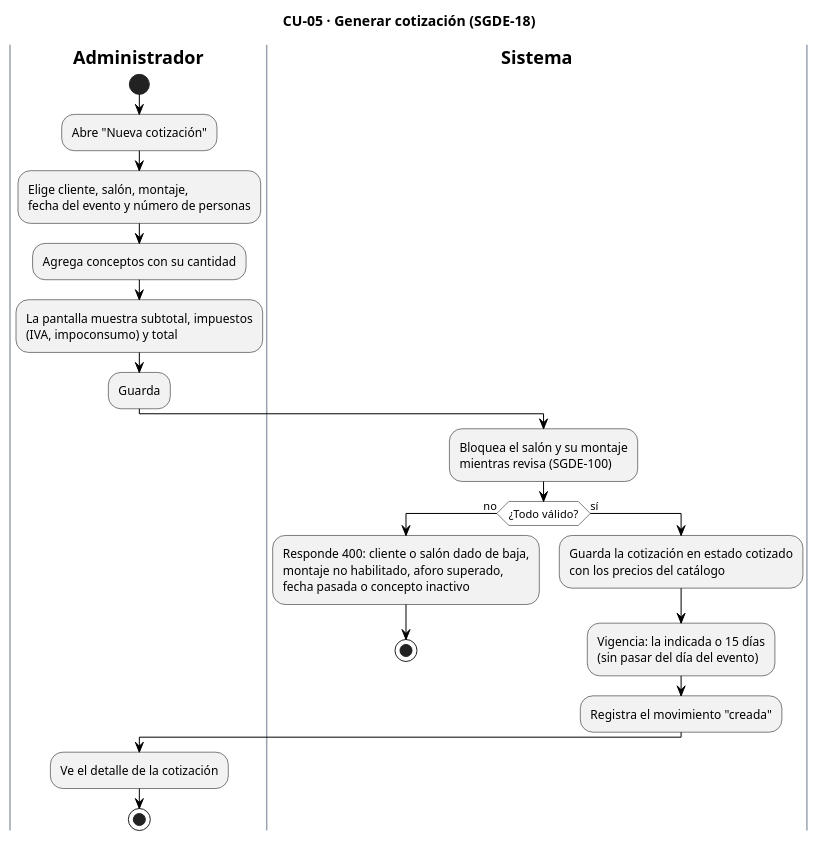
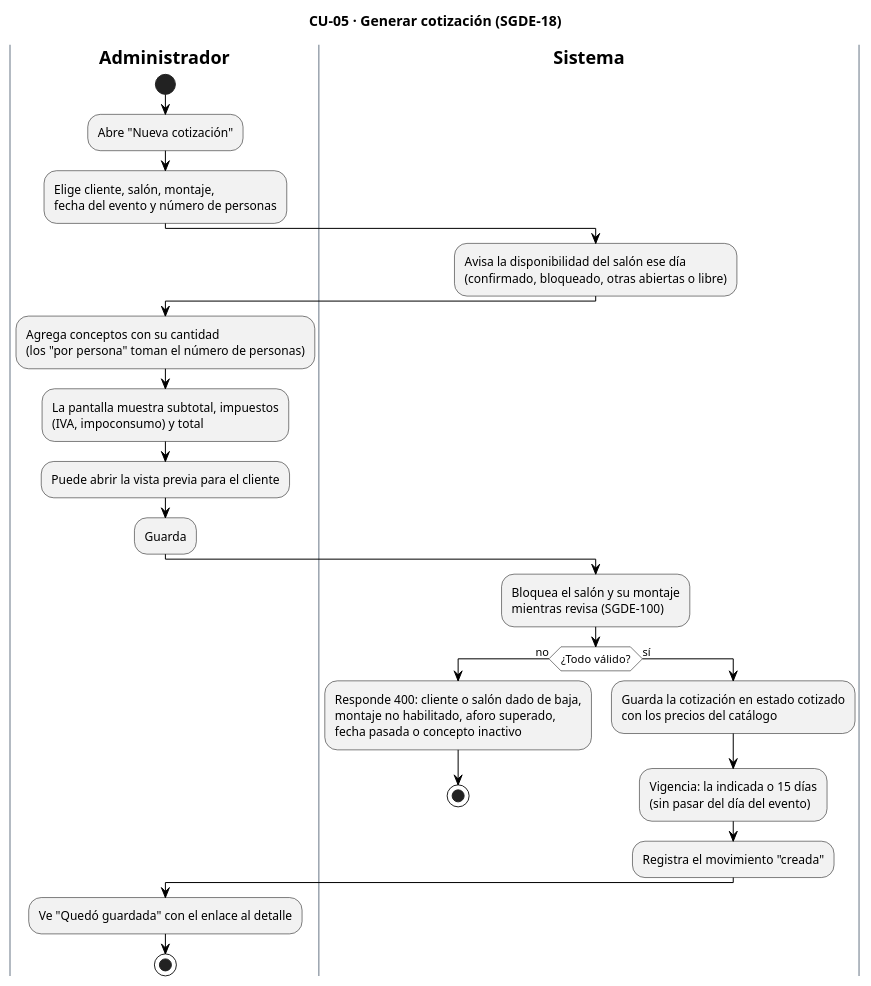
One commit to AndreCamx2/Gestion-De-Eventos changed the diagram in docs/Diagrama de actividades/CU05_GenerarCotizacion.pu. Above: the diagram before and after it, drawn with PlantUML. The commit also changed 30 other files, not shown here.

```diff
--- a/docs/Diagrama de actividades/CU05_GenerarCotizacion.pu
+++ b/docs/Diagrama de actividades/CU05_GenerarCotizacion.pu
@@ -1,43 +1,49 @@
 @startuml CU05_GenerarCotizacion
 title CU-05 · Generar cotización (SGDE-18)
 skinparam backgroundColor white
 skinparam ActivityBackgroundColor #F2F2F2
 skinparam ActivityBorderColor black
 skinparam ActivityDiamondBackgroundColor white
 skinparam ActivityDiamondBorderColor black
 skinparam ArrowColor black
 skinparam SwimlaneBorderColor #9AA3AE
 skinparam SwimlaneTitleFontStyle bold
 skinparam note {
   BackgroundColor #FFFBEA
   BorderColor #B8A86B
 }
 
 |Administrador|
 start
 :Abre "Nueva cotización";
 :Elige cliente, salón, montaje,
 fecha del evento y número de personas;
-:Agrega conceptos con su cantidad;
+|Sistema|
+:Avisa la disponibilidad del salón ese día
+(confirmado, bloqueado, otras abiertas o libre);
+|Administrador|
+:Agrega conceptos con su cantidad
+(los "por persona" toman el número de personas);
 :La pantalla muestra subtotal, impuestos
 (IVA, impoconsumo) y total;
+:Puede abrir la vista previa para el cliente;
 :Guarda;
 |Sistema|
 :Bloquea el salón y su montaje
 mientras revisa (SGDE-100);
 if (¿Todo válido?) then (no)
   :Responde 400: cliente o salón dado de baja,
   montaje no habilitado, aforo superado,
   fecha pasada o concepto inactivo;
   stop
 else (sí)
   :Guarda la cotización en estado cotizado
   con los precios del catálogo;
   :Vigencia: la indicada o 15 días
   (sin pasar del día del evento);
   :Registra el movimiento "creada";
 endif
 |Administrador|
-:Ve el detalle de la cotización;
+:Ve "Quedó guardada" con el enlace al detalle;
 stop
 @enduml
```
